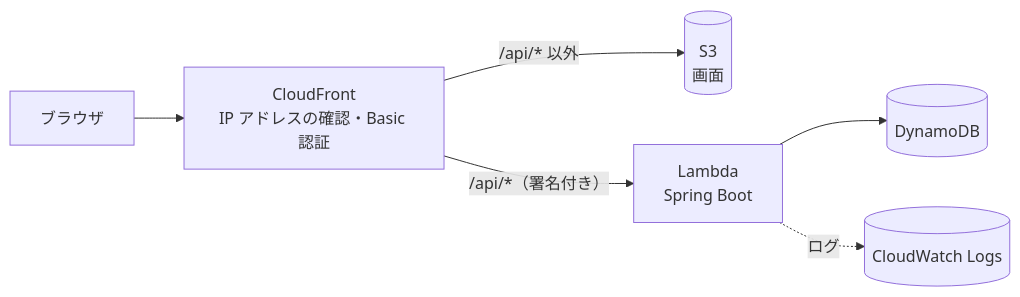
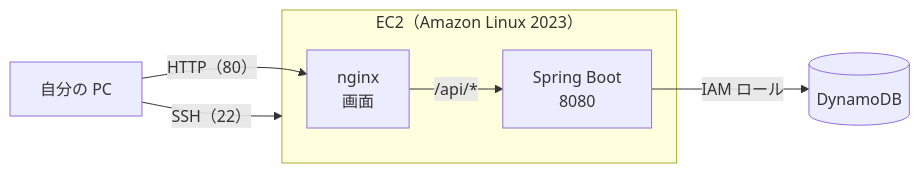
Before and after one commit to mk242329/taskmanagement: the first of 2 diagrams in docs/aws-deploy-guide.md, drawn with Mermaid. The commit also changed other lines of this file and 21 other files, not shown here.

````diff
--- a/docs/aws-deploy-guide.md
+++ b/docs/aws-deploy-guide.md
@@ -49,8 +49,9 @@
 ```mermaid
 flowchart LR
-    Browser[ブラウザ] --> CF[CloudFront<br>IP アドレスの確認・Basic 認証]
-    CF -- "/api/* 以外" --> S3[(S3<br>画面)]
-    CF -- "/api/*（署名付き）" --> Lambda[Lambda<br>Spring Boot]
-    Lambda --> DDB[(DynamoDB)]
-    Lambda -. "ログ" .-> Logs[(CloudWatch Logs)]
+    PC[自分の PC] -- "HTTP（80）" --> Nginx
+    PC -- "SSH（22）" --> EC2
+    subgraph EC2["EC2（Amazon Linux 2023）"]
+        Nginx[nginx<br>画面] -- "/api/*" --> Boot[Spring Boot<br>8080]
+    end
+    Boot -- "IAM ロール" --> DDB[(DynamoDB)]
 ```
````
